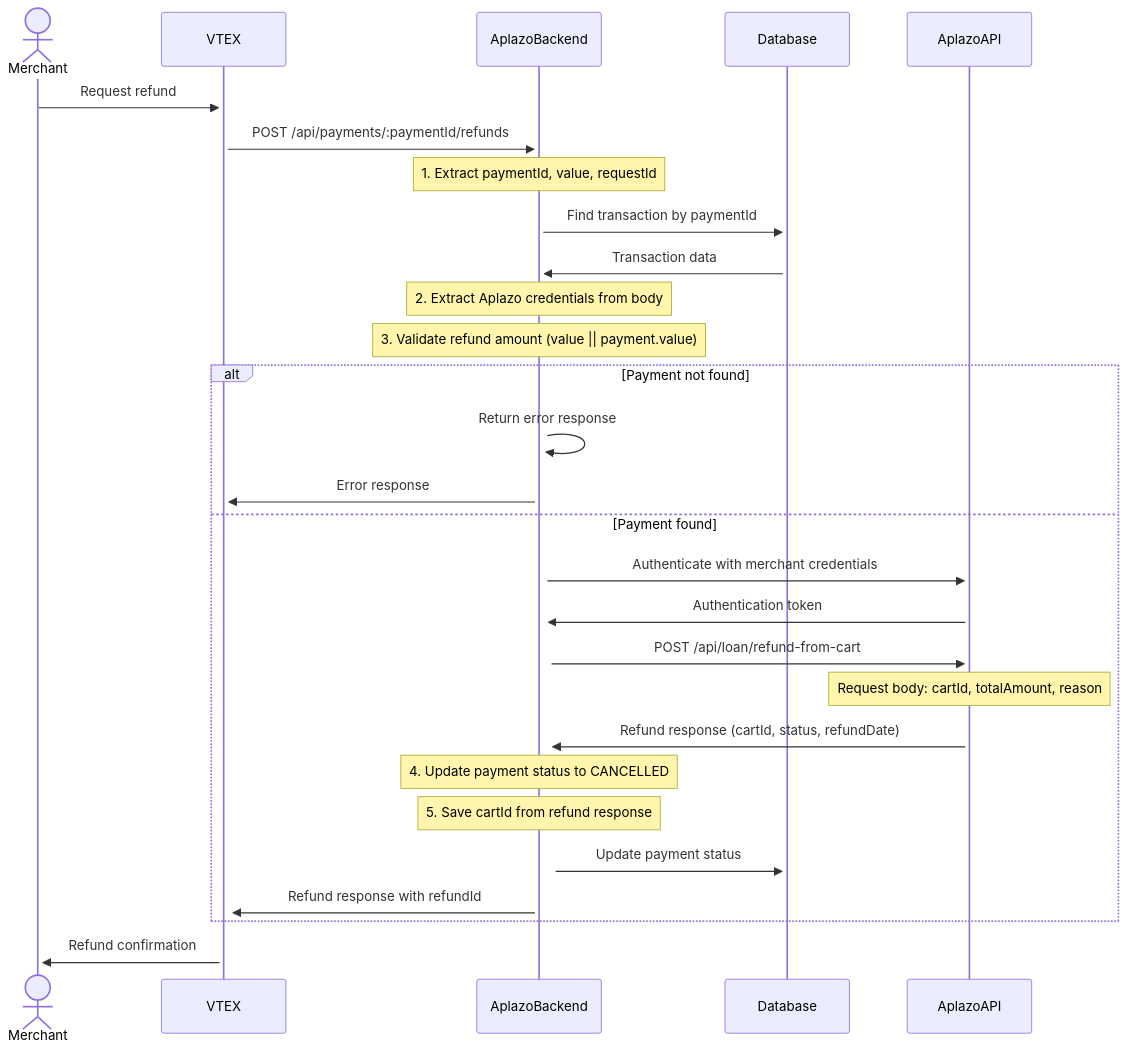
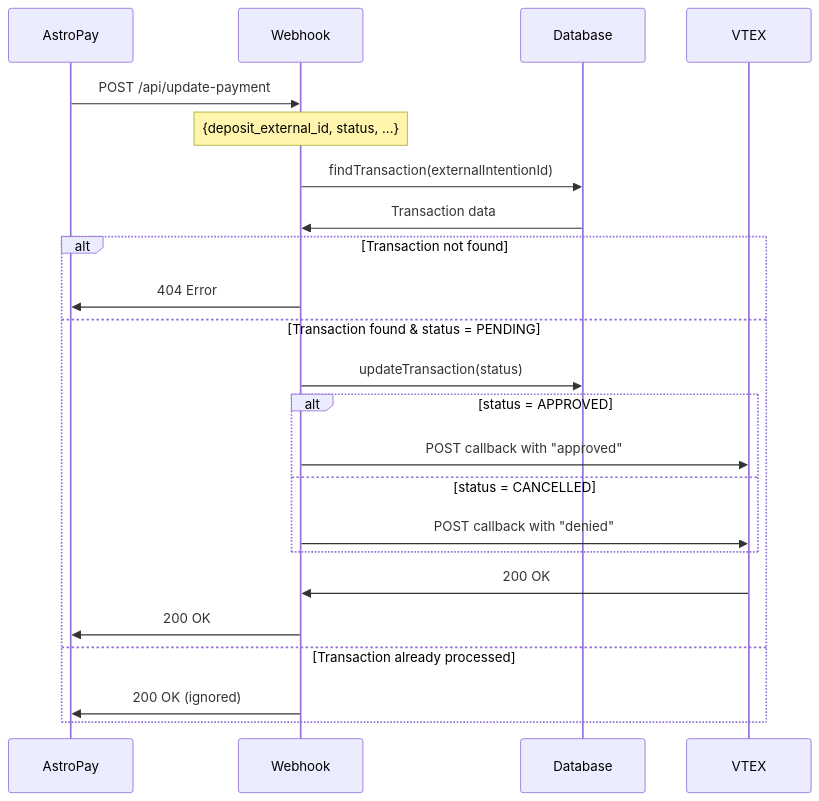
One commit to joa2pac/text-assistant-gpt changed the second of 2 diagrams in README.md. Above: the diagram before and after it, drawn with Mermaid. The commit also changed other lines of this file, not shown here.

````diff
--- a/README.md
+++ b/README.md
@@ -339,38 +232,30 @@
 ```mermaid
 sequenceDiagram
-    actor Merchant
+    participant AstroPay
+    participant Webhook
+    participant Database
     participant VTEX
-    participant AplazoBackend
-    participant Database
-    participant AplazoAPI
-
-    Merchant->>+VTEX: Request refund
-    VTEX->>+AplazoBackend: POST /api/payments/:paymentId/refunds
-    Note over AplazoBackend: 1. Extract paymentId, value, requestId
     
-    AplazoBackend->>+Database: Find transaction by paymentId
-    Database->>+AplazoBackend: Transaction data
+    AstroPay->>Webhook: POST /api/update-payment
+    Note over Webhook: {deposit_external_id, status, ...}
     
-    Note over AplazoBackend: 2. Extract Aplazo credentials from body
-    Note over AplazoBackend: 3. Validate refund amount (value || payment.value)
+    Webhook->>Database: findTransaction(externalIntentionId)
+    Database->>Webhook: Transaction data
     
-    alt Payment not found
-        AplazoBackend->>AplazoBackend: Return error response
-        AplazoBackend->>+VTEX: Error response
-    else Payment found
-        AplazoBackend->>+AplazoAPI: Authenticate with merchant credentials
-        AplazoAPI->>+AplazoBackend: Authentication token
+    alt Transaction not found
+        Webhook->>AstroPay: 404 Error
+    else Transaction found & status = PENDING
+        Webhook->>Database: updateTransaction(status)
         
-        AplazoBackend->>+AplazoAPI: POST /api/loan/refund-from-cart
-        Note over AplazoAPI: Request body: cartId, totalAmount, reason
-        AplazoAPI->>+AplazoBackend: Refund response (cartId, status, refundDate)
+        alt status = APPROVED
+            Webhook->>VTEX: POST callback with "approved"
+        else status = CANCELLED  
+            Webhook->>VTEX: POST callback with "denied"
+        end
         
-        Note over AplazoBackend: 4. Update payment status to CANCELLED
-        Note over AplazoBackend: 5. Save cartId from refund response
-        
-        AplazoBackend->>+Database: Update payment status
-        AplazoBackend->>+VTEX: Refund response with refundId
+        VTEX->>Webhook: 200 OK
+        Webhook->>AstroPay: 200 OK
+    else Transaction already processed
+        Webhook->>AstroPay: 200 OK (ignored)
     end
-    
-    VTEX->>+Merchant: Refund confirmation
 ```
````
